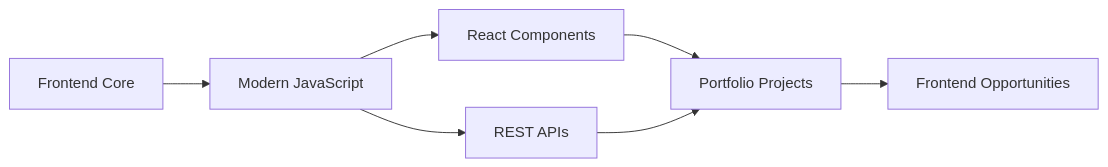
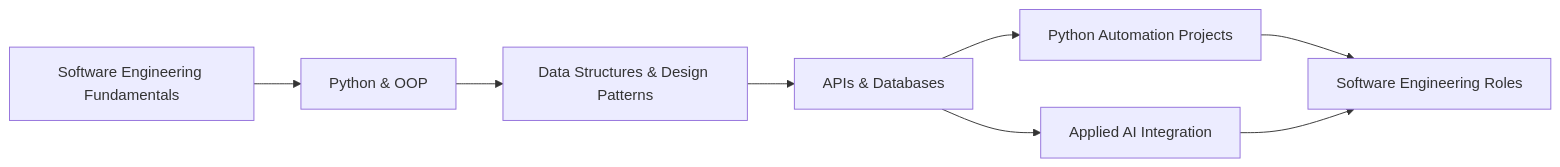
Before and after one commit to Mohamedshawkeyamar/Mohamedshawkeyamar: the diagram in README.md, drawn with Mermaid. The commit also changed other lines of this file, not shown here.

````diff
--- a/README.md
+++ b/README.md
@@ -83,9 +111,10 @@
 ```mermaid
 flowchart LR
-    A[Frontend Core] --> B[Modern JavaScript]
-    B --> C[React Components]
-    B --> D[REST APIs]
-    C --> E[Portfolio Projects]
-    D --> E
-    E --> F[Frontend Opportunities]
+  A[Software Engineering Fundamentals] --> B[Python & OOP]
+  B --> C[Data Structures & Design Patterns]
+  C --> D[APIs & Databases]
+  D --> E[Python Automation Projects]
+  D --> F[Applied AI Integration]
+  E --> G[Software Engineering Roles]
+  F --> G
 ```
````
